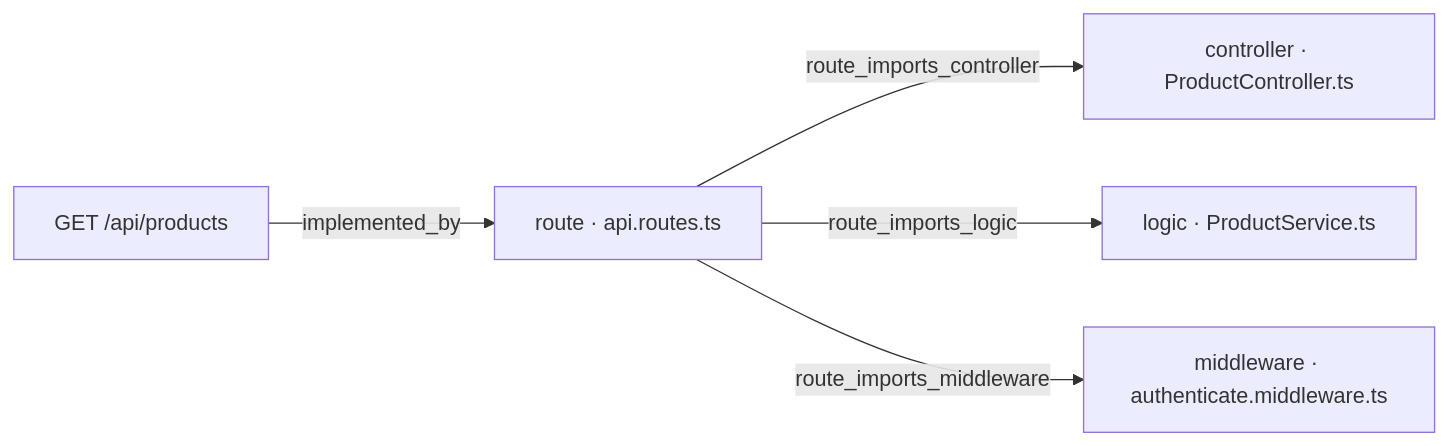
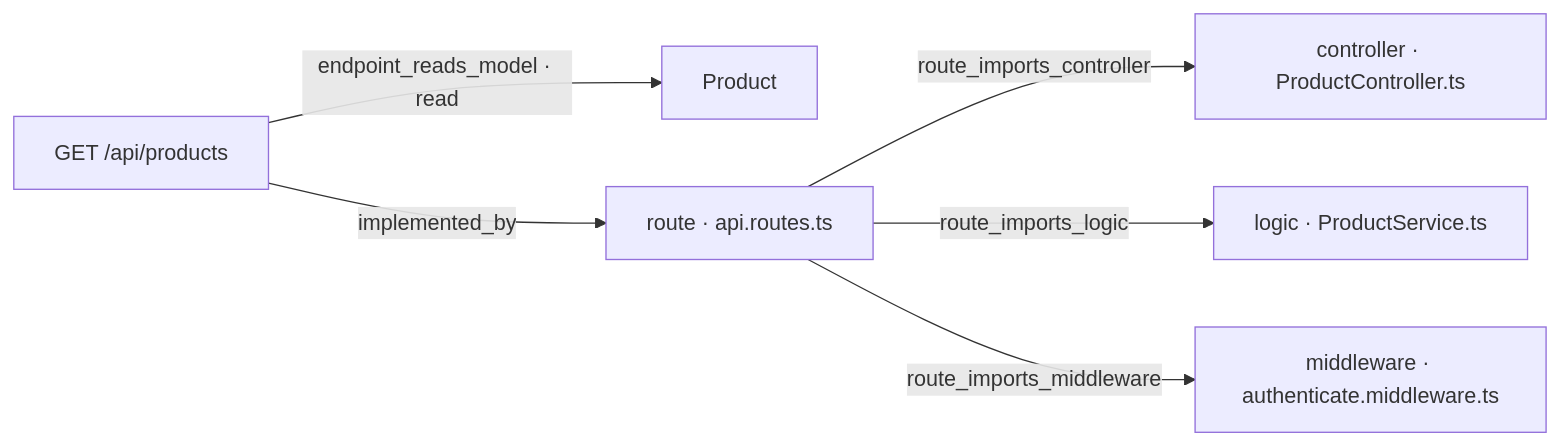
Before and after one commit to jcobo2020/proyectoGreen: the first of 2 diagrams in docs/WI-ORD-API-008/README.md, drawn with Mermaid. The commit also changed other lines of this file, not shown here.

Commit message:
docs(WI-ORD-API-008): documento técnico generado por el control plane

````diff
--- a/docs/WI-ORD-API-008/README.md
+++ b/docs/WI-ORD-API-008/README.md
@@ -144,12 +135,14 @@
 ```mermaid
 flowchart LR
   n0["GET /api/products"]
-  n1["controller · ProductController.ts"]
-  n2["logic · ProductService.ts"]
-  n3["middleware · authenticate.middleware.ts"]
-  n4["route · api.routes.ts"]
-  n0 -->|implemented_by| n4
-  n4 -->|route_imports_controller| n1
-  n4 -->|route_imports_logic| n2
-  n4 -->|route_imports_middleware| n3
+  n1["Product"]
+  n2["controller · ProductController.ts"]
+  n3["logic · ProductService.ts"]
+  n4["middleware · authenticate.middleware.ts"]
+  n5["route · api.routes.ts"]
+  n0 -->|endpoint_reads_model · read| n1
+  n0 -->|implemented_by| n5
+  n5 -->|route_imports_controller| n2
+  n5 -->|route_imports_logic| n3
+  n5 -->|route_imports_middleware| n4
 ```
````
